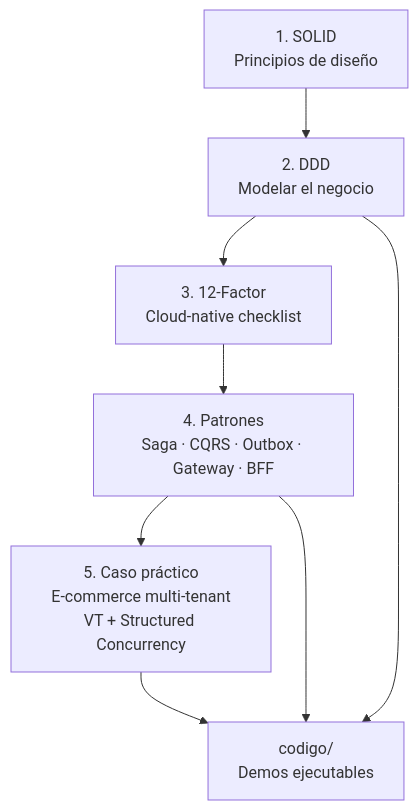
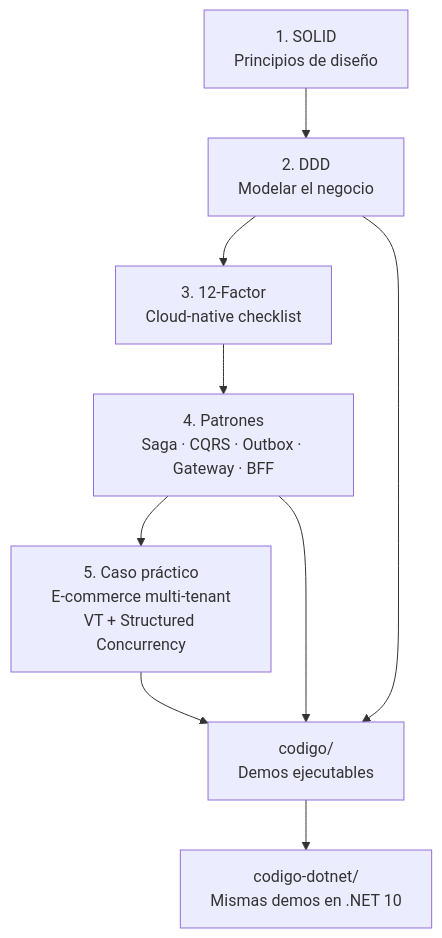
One commit to joedayz/microservicios-2026 changed the diagram in modulo-01-fundamentos-arquitectura/README.md. Above: the diagram before and after it, drawn with Mermaid. The commit also changed other lines of this file and 45 other files, not shown here.

````diff
--- a/modulo-01-fundamentos-arquitectura/README.md
+++ b/modulo-01-fundamentos-arquitectura/README.md
@@ -36,13 +36,14 @@
 ```mermaid
 flowchart TB
     SOLID["1. SOLID<br/>Principios de diseño"]
     DDD["2. DDD<br/>Modelar el negocio"]
     F12["3. 12-Factor<br/>Cloud-native checklist"]
     PAT["4. Patrones<br/>Saga · CQRS · Outbox · Gateway · BFF"]
     CASO["5. Caso práctico<br/>E-commerce multi-tenant<br/>VT + Structured Concurrency"]
 
     SOLID --> DDD --> F12 --> PAT --> CASO
     CASO --> CODE["codigo/<br/>Demos ejecutables"]
     PAT --> CODE
     DDD --> CODE
+    CODE --> NET["codigo-dotnet/<br/>Mismas demos en .NET 10"]
 ```
````
